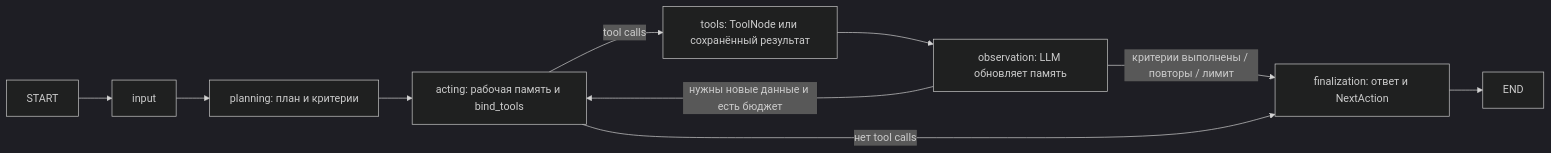
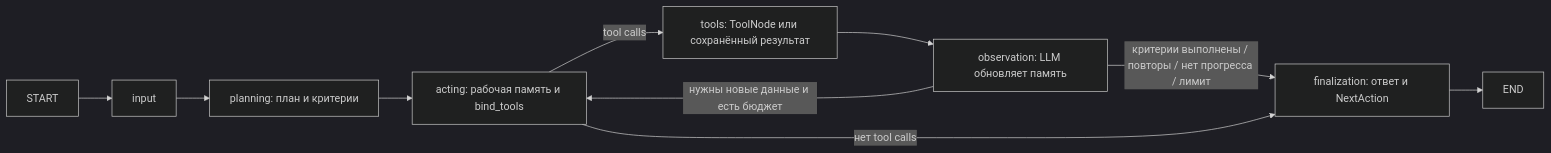
One commit to nikita9725/agents changed the diagram in docs/graph.md. Above: the diagram before and after it, drawn with Mermaid (dark theme). The commit also changed other lines of this file and 8 other files, not shown here.

````diff
--- a/docs/graph.md
+++ b/docs/graph.md
@@ -3,12 +3,12 @@
 ```mermaid
 flowchart LR
     START --> input
     input --> planning[planning: план и критерии]
     planning --> acting[acting: рабочая память и bind_tools]
     acting -->|tool calls| tools[tools: ToolNode или сохранённый результат]
     tools --> observation[observation: LLM обновляет память]
     observation -->|нужны новые данные и есть бюджет| acting
-    observation -->|критерии выполнены / повторы / лимит| finalization
+    observation -->|критерии выполнены / повторы / нет прогресса / лимит| finalization
     acting -->|нет tool calls| finalization[finalization: ответ и NextAction]
     finalization --> END
 ```
````
